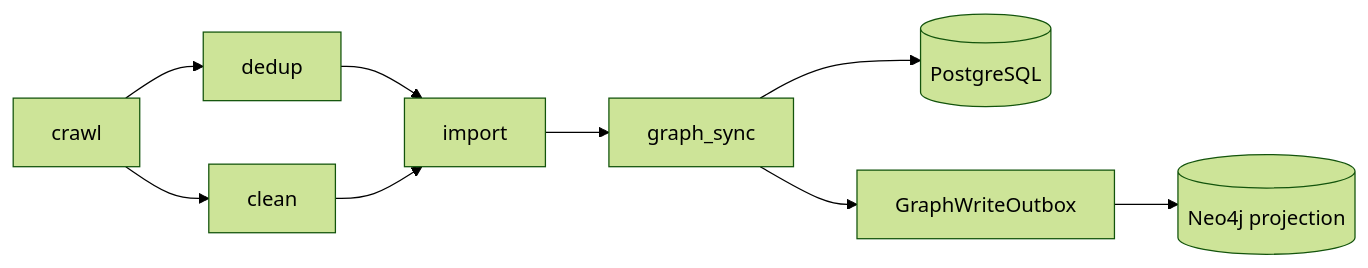
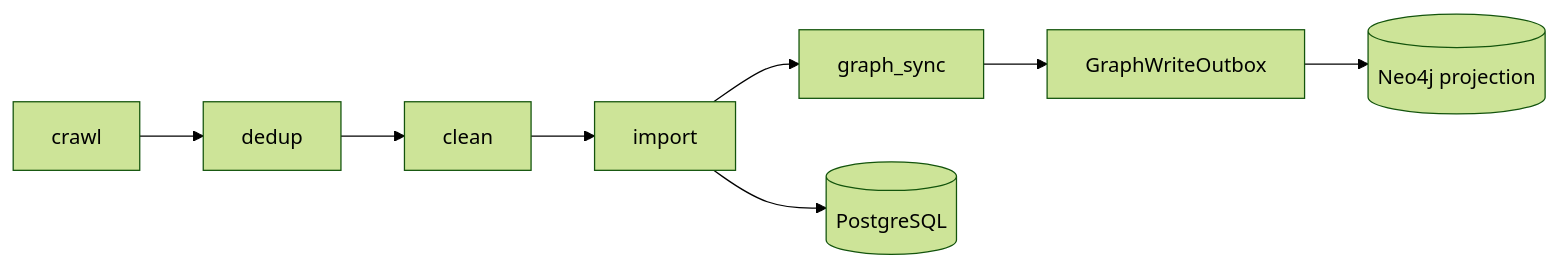
One commit to starmap-team/starmap changed the diagram in docs/architecture/pipeline.md. Above: the diagram before and after it, drawn with Mermaid (forest theme). The commit also changed other lines of this file and 1 other file, not shown here.

Commit message:
docs(pipeline): pipeline.md mermaid 5 阶段串行 + glossary 矛盾语句修正 (#PR)

````diff
--- a/docs/architecture/pipeline.md
+++ b/docs/architecture/pipeline.md
@@ -10,11 +10,10 @@
 ```mermaid
 flowchart LR
     C[crawl] --> D[dedup]
-    C --> CL[clean]
-    D --> I[import]
-    CL --> I
+    D --> CL[clean]
+    CL --> I[import]
     I --> GS[graph_sync]
-    GS --> PG[(PostgreSQL)]
+    I --> PG[(PostgreSQL)]
     GS --> O[GraphWriteOutbox]
     O --> N[(Neo4j projection)]
 ```
````
